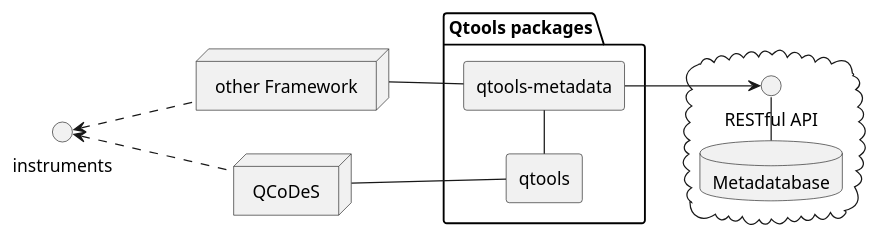
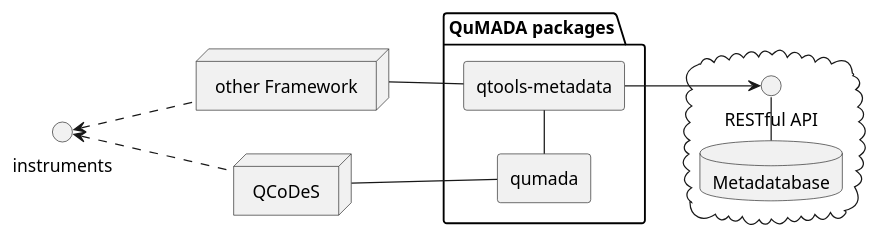
One commit to qutech/QuMADA changed the diagram in docs/diagrams/src/qtools_structure.plantuml. Above: the diagram before and after it, drawn with PlantUML. The commit also changed 41 other files, not shown here.

Commit message:
change qtools references to qumada

```diff
--- a/docs/diagrams/src/qtools_structure.plantuml
+++ b/docs/diagrams/src/qtools_structure.plantuml
@@ -1,34 +1,34 @@
 @startuml
 skinparam componentStyle rectangle
 left to right direction
 
 interface instruments
 
 node "other Framework" as other
 
 node "QCoDeS" as qc
 
 
-package "Qtools packages" {
-    [qtools]
+package "QuMADA packages" {
+    [qumada]
     [qtools-metadata]
 }
 
 cloud {
     database "Metadatabase" as db
     interface "RESTful API" as api
     db - api
 }
 
 
 
 qc .up.> instruments
 other .up.> instruments
 
-qc -- [qtools]
-[qtools] - [qtools-metadata]
+qc -- [qumada]
+[qumada] - [qtools-metadata]
 other -- [qtools-metadata]
 
 [qtools-metadata] --> api
 
 @enduml
```
